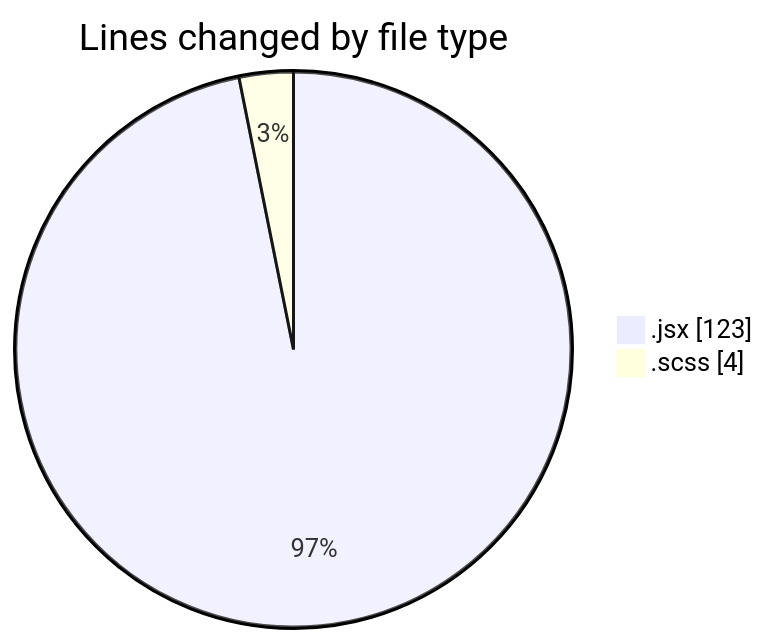
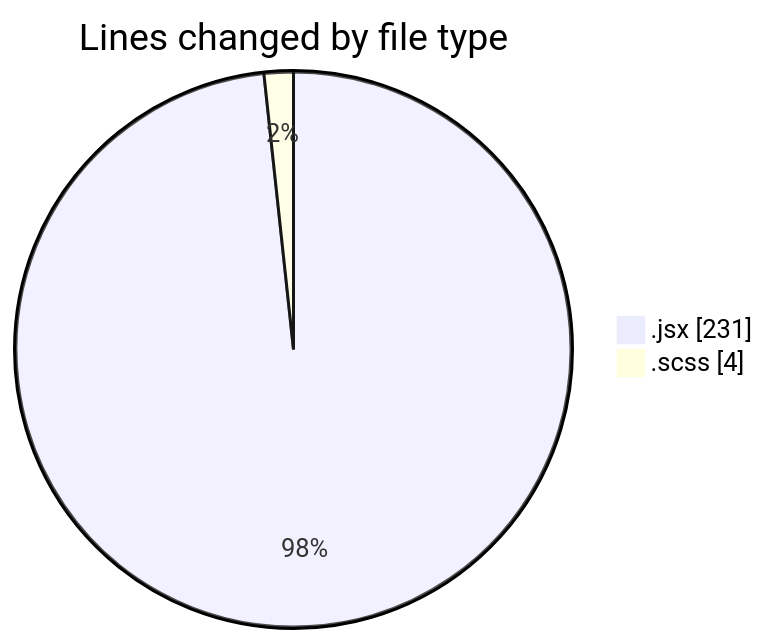
Before and after one commit to momahboobian/code-tracking: the first of 2 diagrams in 2025-06-04/cda/README.md, drawn with Mermaid. The commit also changed other lines of this file and 1 other file, not shown here.

````diff
--- a/2025-06-04/cda/README.md
+++ b/2025-06-04/cda/README.md
@@ -22,6 +22,6 @@
 ```mermaid
 pie showData
 title Lines changed by file type
-".jsx" : 123
+".jsx" : 231
 ".scss" : 4
 ```
````
